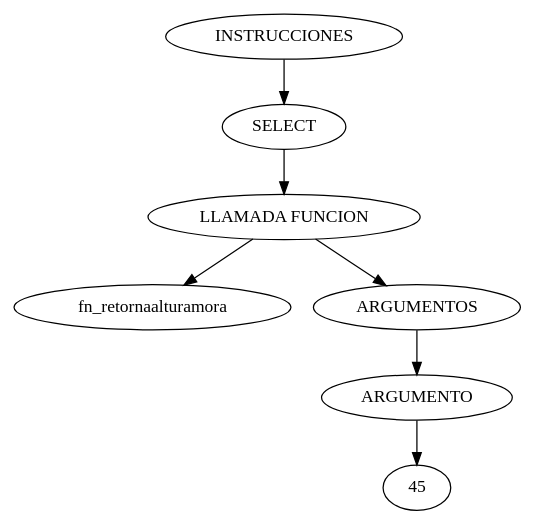
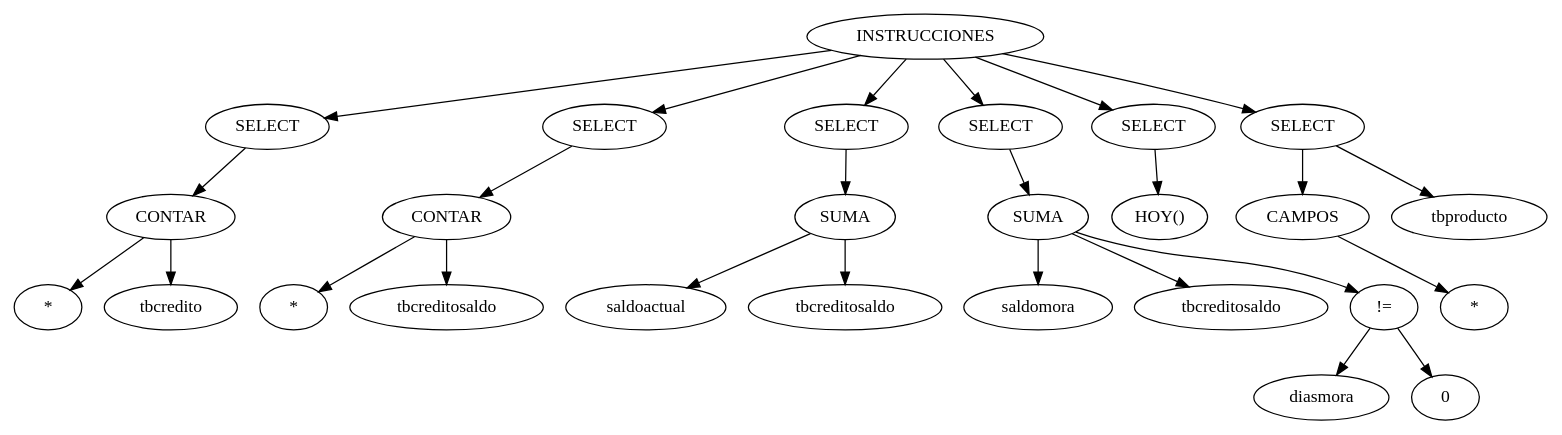
Before and after one commit to joshi-debb/xsql_ide_ply: the diagram in backend/AST.dot, drawn with Graphviz. The commit also changed 8 other files, not shown here.

```diff
--- a/backend/AST.dot
+++ b/backend/AST.dot
@@ -1,15 +1,53 @@
 digraph {
 	0 [label = "INSTRUCCIONES"];
-	158 [label = "SELECT"];
-	159 [label = "LLAMADA FUNCION"];
-	160 [label = "fn_retornaalturamora"];
-	161 [label = "ARGUMENTOS"];
-	162 [label = "ARGUMENTO"];
-	163 [label = "45"];
-	0 -> 158;
-	158 -> 159;
-	159 -> 160;
-	159 -> 161;
-	161 -> 162;
-	162 -> 163;
+	1891 [label = "SELECT"];
+	1892 [label = "CONTAR"];
+	1893 [label = "*"];
+	1894 [label = "tbcredito"];
+	1895 [label = "SELECT"];
+	1896 [label = "CONTAR"];
+	1897 [label = "*"];
+	1898 [label = "tbcreditosaldo"];
+	1899 [label = "SELECT"];
+	1900 [label = "SUMA"];
+	1901 [label = "saldoactual"];
+	1902 [label = "tbcreditosaldo"];
+	1903 [label = "SELECT"];
+	1904 [label = "SUMA"];
+	1905 [label = "saldomora"];
+	1906 [label = "tbcreditosaldo"];
+	1907 [label = "!="];
+	1908 [label = "diasmora"];
+	1909 [label = "0"];
+	1910 [label = "SELECT"];
+	1911 [label = "HOY()"];
+	1912 [label = "SELECT"];
+	1913 [label = "CAMPOS"];
+	1914 [label = "*"];
+	1915 [label = "tbproducto"];
+	0 -> 1891;
+	1891 -> 1892;
+	1892 -> 1893;
+	1892 -> 1894;
+	0 -> 1895;
+	1895 -> 1896;
+	1896 -> 1897;
+	1896 -> 1898;
+	0 -> 1899;
+	1899 -> 1900;
+	1900 -> 1901;
+	1900 -> 1902;
+	0 -> 1903;
+	1903 -> 1904;
+	1904 -> 1905;
+	1904 -> 1906;
+	1904 -> 1907;
+	1907 -> 1908;
+	1907 -> 1909;
+	0 -> 1910;
+	1910 -> 1911;
+	0 -> 1912;
+	1912 -> 1913;
+	1913 -> 1914;
+	1912 -> 1915;
 }
```
